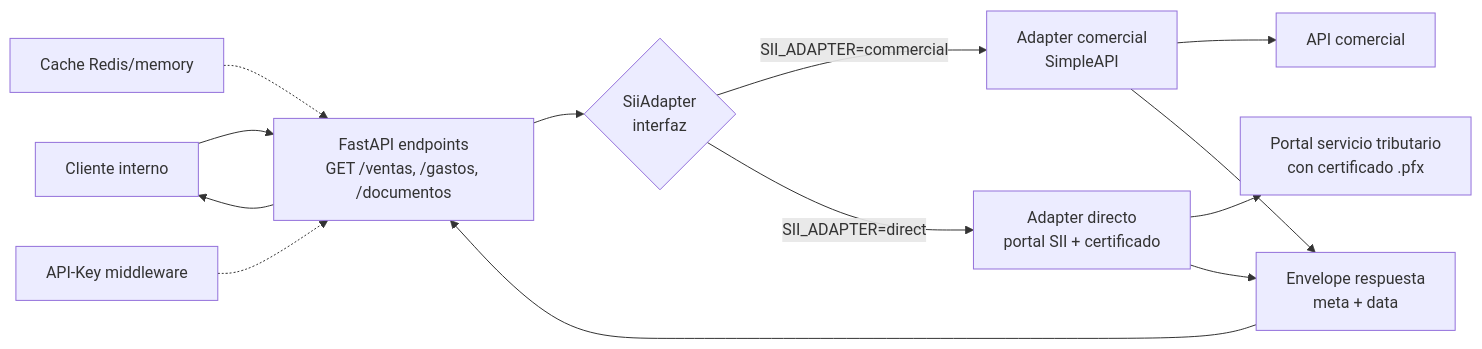
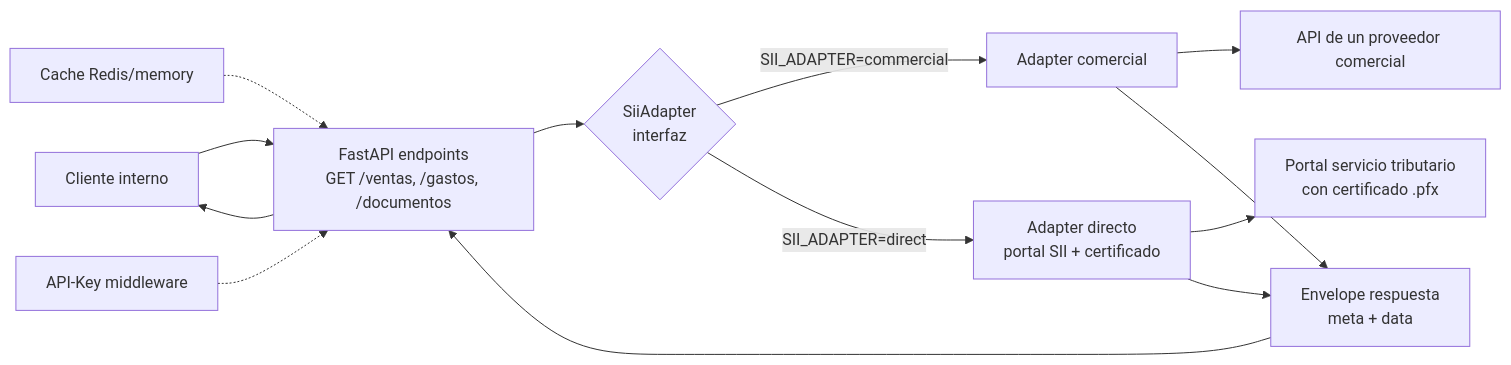
Before and after one commit to jpfiguer/portfolio: the diagram in case-studies/05-adapter-pattern-sii.md, drawn with Mermaid. The commit also changed 1 other file, not shown here.

Commit message:
Generaliza los nombres de cliente y proveedor

````diff
--- a/case-studies/05-adapter-pattern-sii.md
+++ b/case-studies/05-adapter-pattern-sii.md
@@ -25,15 +25,15 @@
 ```mermaid
 flowchart LR
   A[Cliente interno] --> B[FastAPI endpoints<br/>GET /ventas, /gastos, /documentos]
   B --> C{SiiAdapter<br/>interfaz}
-  C -->|SII_ADAPTER=commercial| D[Adapter comercial<br/>SimpleAPI]
+  C -->|SII_ADAPTER=commercial| D[Adapter comercial]
   C -->|SII_ADAPTER=direct| E[Adapter directo<br/>portal SII + certificado]
-  D --> F[API comercial]
+  D --> F[API de un proveedor comercial]
   E --> G[Portal servicio tributario<br/>con certificado .pfx]
   D & E --> H[Envelope respuesta<br/>meta + data]
   H --> B
   B --> A
 
   I[Cache Redis/memory] -.-> B
   J[API-Key middleware] -.-> B
 ```
````
